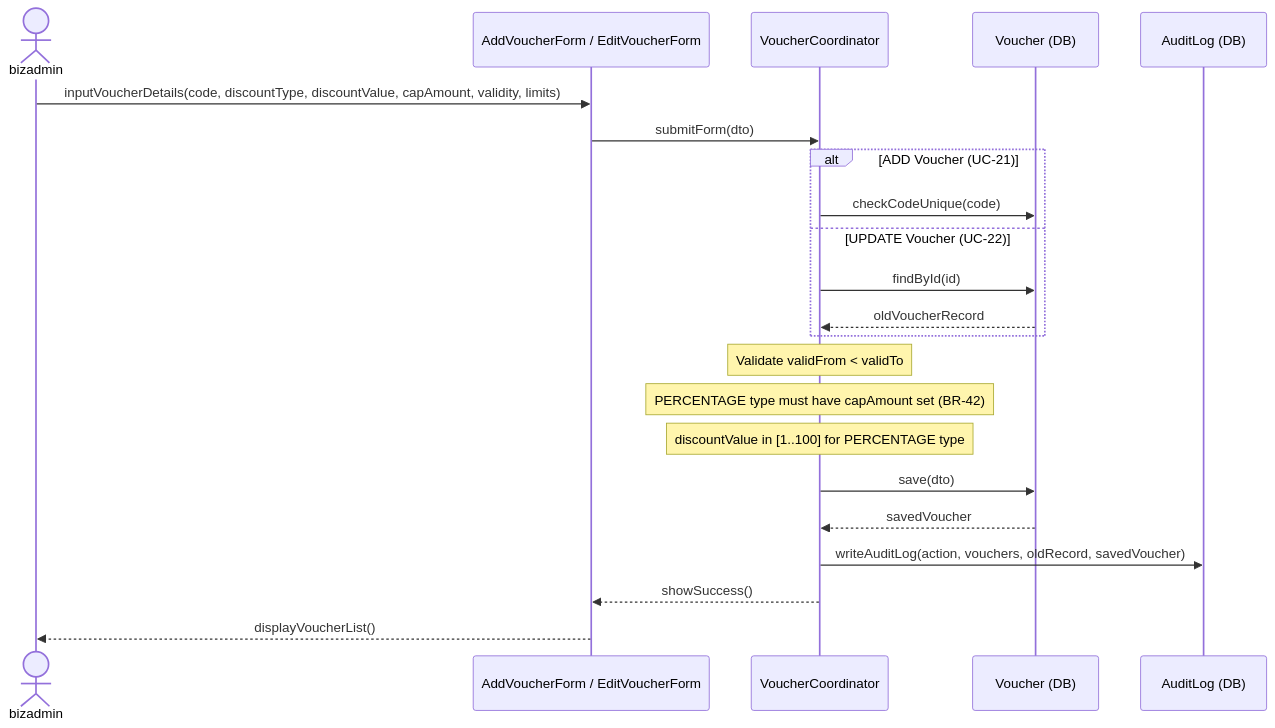
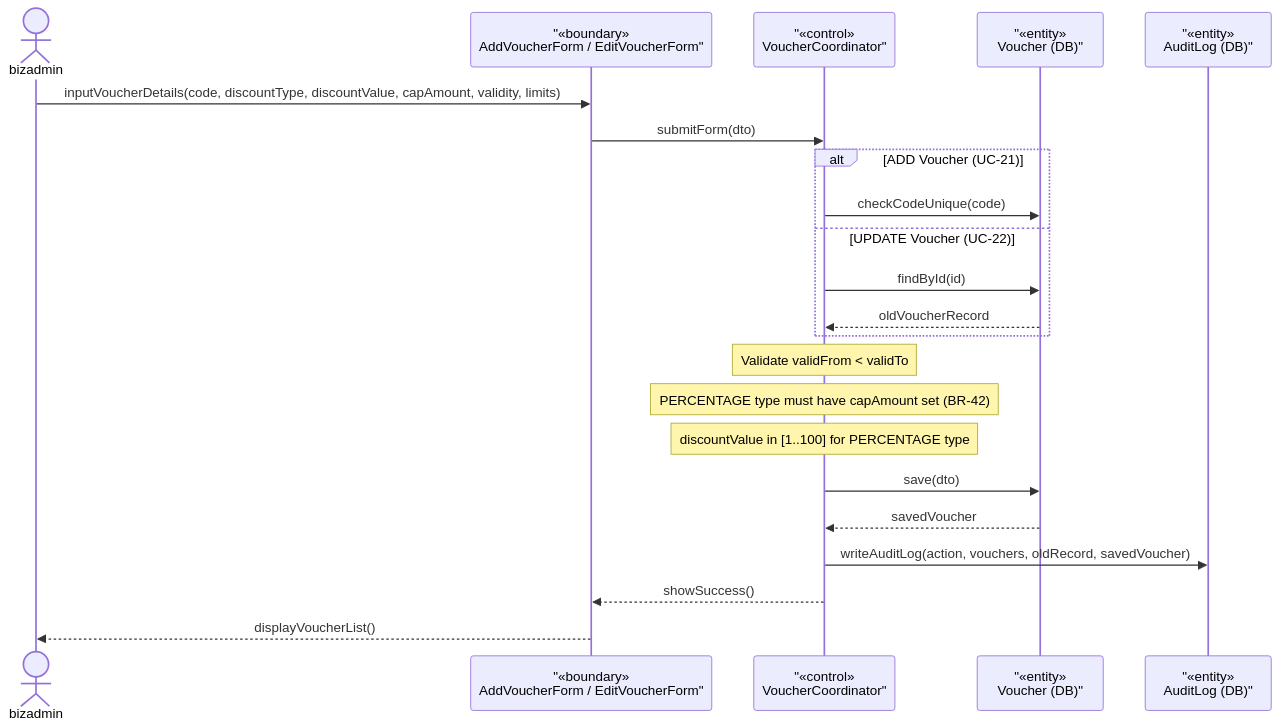
Before and after one commit to Shaichi/Khoga_coffe_shop: the second of 3 diagrams in rds_sections/07_detailed_3_4_voucher.md, drawn with Mermaid. The commit also changed other lines of this file and 13 other files, not shown here.

````diff
--- a/rds_sections/07_detailed_3_4_voucher.md
+++ b/rds_sections/07_detailed_3_4_voucher.md
@@ -75,28 +75,28 @@
 ```mermaid
 sequenceDiagram
     actor bizadmin
-    participant VoucherForm as AddVoucherForm / EditVoucherForm
-    participant VoucherCoord as VoucherCoordinator
-    participant VoucherDB as Voucher (DB)
-    participant AuditDB as AuditLog (DB)
+participant VoucherForm as "«boundary»<br/>AddVoucherForm / EditVoucherForm"
+participant VoucherCoord as "«control»<br/>VoucherCoordinator"
+participant VoucherDB as "«entity»<br/>Voucher (DB)"
+participant AuditDB as "«entity»<br/>AuditLog (DB)"
 
     bizadmin->>VoucherForm: inputVoucherDetails(code, discountType, discountValue, capAmount, validity, limits)
     VoucherForm->>VoucherCoord: submitForm(dto)
 
     alt ADD Voucher (UC-21)
         VoucherCoord->>VoucherDB: checkCodeUnique(code)
     else UPDATE Voucher (UC-22)
         VoucherCoord->>VoucherDB: findById(id)
         VoucherDB-->>VoucherCoord: oldVoucherRecord
     end
 
     Note over VoucherCoord: Validate validFrom < validTo
     Note over VoucherCoord: PERCENTAGE type must have capAmount set (BR-42)
     Note over VoucherCoord: discountValue in [1..100] for PERCENTAGE type
 
     VoucherCoord->>VoucherDB: save(dto)
     VoucherDB-->>VoucherCoord: savedVoucher
     VoucherCoord->>AuditDB: writeAuditLog(action, vouchers, oldRecord, savedVoucher)
     VoucherCoord-->>VoucherForm: showSuccess()
     VoucherForm-->>bizadmin: displayVoucherList()
 ```
````
